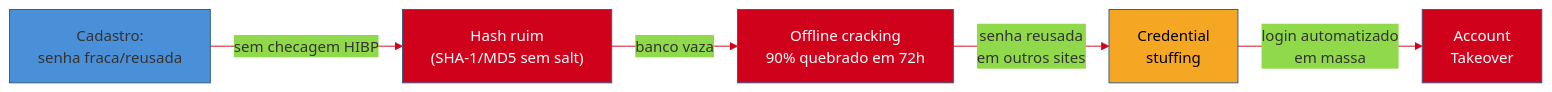
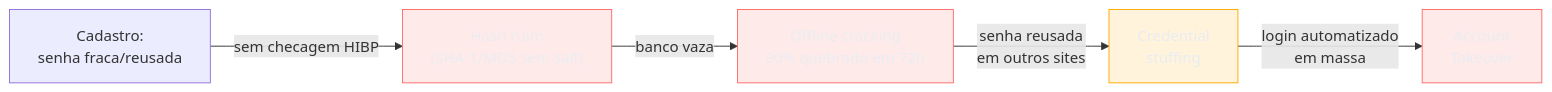
The second of 4 diagrams in 03-Dominios/Engenharia/Auth e Identidade/1 - Fundamentos de identidade/04 - Senhas e MFA — o legado que não morre.md (josenaldo/codex-technomanticus), drawn with Mermaid before and after one commit. The commit also changed other lines of this file and 1181 other files, not shown here.

First line of the commit message:
fix(diagramas): paleta do sistema no lugar de cor cravada no markdown

````diff
--- a/03-Dominios/Engenharia/Auth e Identidade/1 - Fundamentos de identidade/04 - Senhas e MFA — o legado que não morre.md
+++ b/03-Dominios/Engenharia/Auth e Identidade/1 - Fundamentos de identidade/04 - Senhas e MFA — o legado que não morre.md
@@ -124,13 +123,14 @@
 ```mermaid
-%%{init: {"theme": "base", "themeVariables": {"primaryColor": "#4A90D9", "primaryBorderColor": "#2E5C8A", "lineColor": "#D0021B"}}}%%
 graph LR
+    classDef falha fill:#FF6B6B24,stroke:#FF6B6B,color:#E9ECF2
+    classDef destaque fill:#FFAA0024,stroke:#FFAA00,color:#E9ECF2
     A["Cadastro:<br/>senha fraca/reusada"] -->|"sem checagem HIBP"| B["Hash ruim<br/>(SHA-1/MD5 sem salt)"]
     B -->|"banco vaza"| C["Offline cracking<br/>90% quebrado em 72h"]
     C -->|"senha reusada<br/>em outros sites"| D["Credential<br/>stuffing"]
     D -->|"login automatizado<br/>em massa"| E["Account<br/>Takeover"]
 
-    style B fill:#D0021B,color:#fff
-    style C fill:#D0021B,color:#fff
-    style D fill:#F5A623,color:#000
-    style E fill:#D0021B,color:#fff
+    class B falha
+    class C falha
+    class D destaque
+    class E falha
 ```
````
